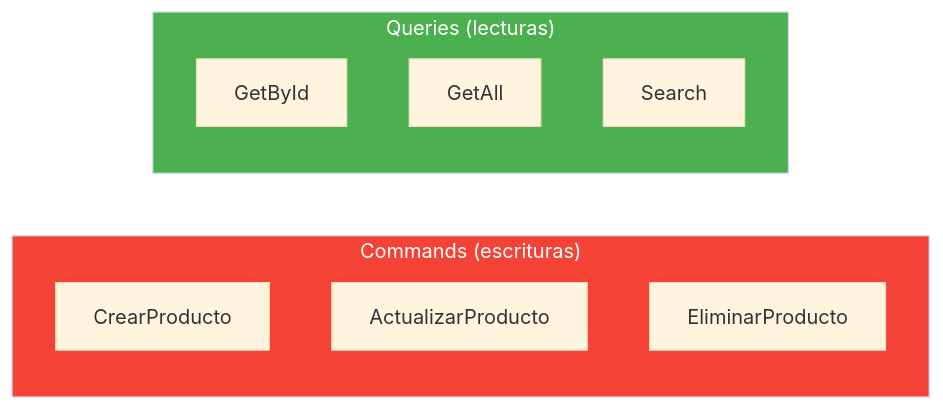
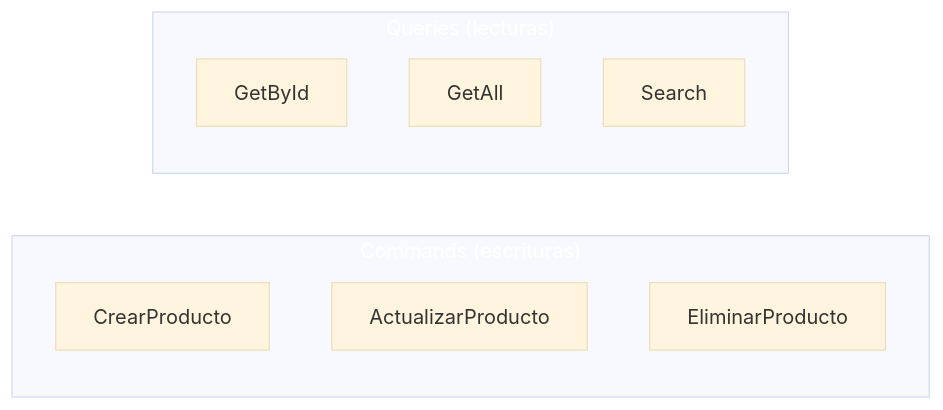
Before and after one commit to joseluisgs/DesarrolloWebEntornosServidor-02-2026-2027: the fifth of 6 diagrams in 11-clean-architecture.md, drawn with Mermaid (base theme). The commit also changed other lines of this file and 41 other files, not shown here.

````diff
--- a/11-clean-architecture.md
+++ b/11-clean-architecture.md
@@ -369,17 +369,17 @@
 ```mermaid
 flowchart LR
     subgraph COMMANDS["Commands (escrituras)"]
         C1["CrearProducto"]
         C2["ActualizarProducto"]
         C3["EliminarProducto"]
     end
 
     subgraph QUERIES["Queries (lecturas)"]
         Q1["GetById"]
         Q2["GetAll"]
         Q3["Search"]
     end
 
-    style COMMANDS fill:#f44336,color:#fff
-    style QUERIES fill:#4CAF50,color:#fff
+    style COMMANDS fill:#f4433,color:#fff6,color:#fff
+    style QUERIES fill:#4CAF5,color:#fff0,color:#fff
 ```
````
